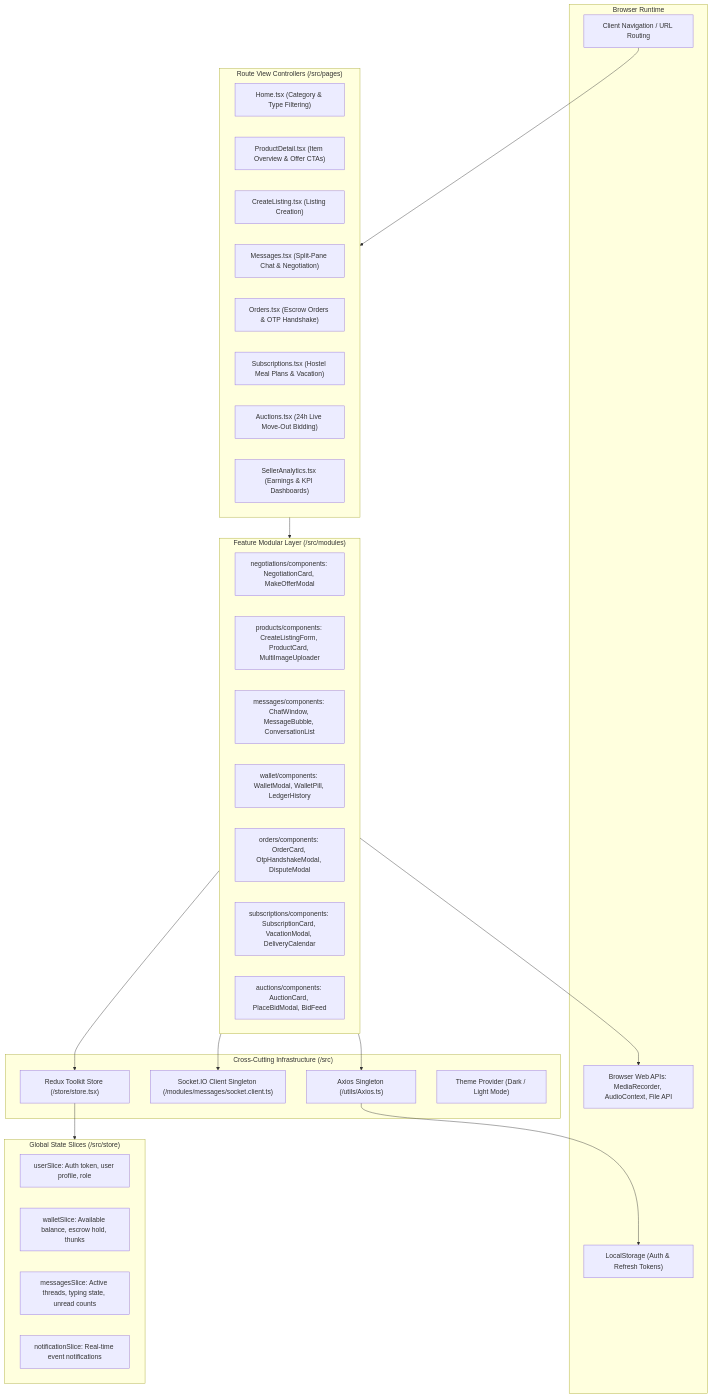
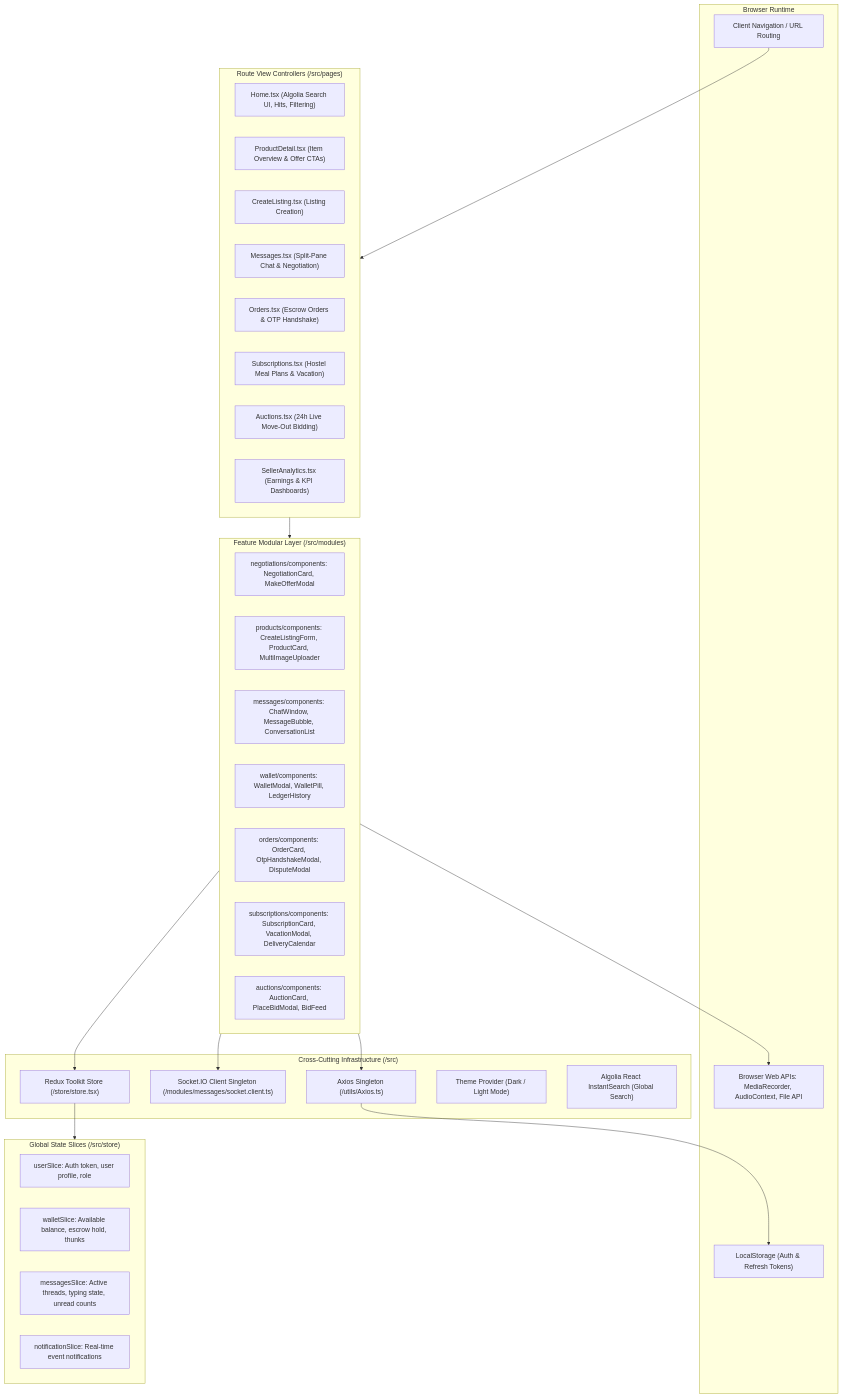
One commit to AnujPratap-96/College-Market-Place-Frontend changed the first of 6 diagrams in ARCHITECTURE.md. Above: the diagram before and after it, drawn with Mermaid. The commit also changed 5 other files, not shown here.

````diff
--- a/ARCHITECTURE.md
+++ b/ARCHITECTURE.md
@@ -15,52 +15,53 @@
 ```mermaid
 graph TD
     subgraph BrowserRuntime["Browser Runtime"]
         URL["Client Navigation / URL Routing"]
         LocalStorage["LocalStorage (Auth & Refresh Tokens)"]
         MediaAPIs["Browser Web APIs: MediaRecorder, AudioContext, File API"]
     end
 
     subgraph CoreServices["Cross-Cutting Infrastructure (/src)"]
         AxiosClient["Axios Singleton (/utils/Axios.ts)"]
         SocketSingleton["Socket.IO Client Singleton (/modules/messages/socket.client.ts)"]
         ReduxStore["Redux Toolkit Store (/store/store.tsx)"]
         ThemeEngine["Theme Provider (Dark / Light Mode)"]
+        AlgoliaEngine["Algolia React InstantSearch (Global Search)"]
     end
 
     subgraph ReduxSlices["Global State Slices (/src/store)"]
         UserSlice["userSlice: Auth token, user profile, role"]
         WalletSlice["walletSlice: Available balance, escrow hold, thunks"]
         MessagesSlice["messagesSlice: Active threads, typing state, unread counts"]
         NotifSlice["notificationSlice: Real-time event notifications"]
     end
 
     subgraph PageRouters["Route View Controllers (/src/pages)"]
-        HomePage["Home.tsx (Category & Type Filtering)"]
+        HomePage["Home.tsx (Algolia Search UI, Hits, Filtering)"]
         ProductDetailPage["ProductDetail.tsx (Item Overview & Offer CTAs)"]
         CreateListingPage["CreateListing.tsx (Listing Creation)"]
         MessagesPage["Messages.tsx (Split-Pane Chat & Negotiation)"]
         OrdersPage["Orders.tsx (Escrow Orders & OTP Handshake)"]
         SubsPage["Subscriptions.tsx (Hostel Meal Plans & Vacation)"]
         AuctionsPage["Auctions.tsx (24h Live Move-Out Bidding)"]
         AnalyticsPage["SellerAnalytics.tsx (Earnings & KPI Dashboards)"]
     end
 
     subgraph FeatureComponents["Feature Modular Layer (/src/modules)"]
         NegModule["negotiations/components: NegotiationCard, MakeOfferModal"]
         ProdModule["products/components: CreateListingForm, ProductCard, MultiImageUploader"]
         MsgModule["messages/components: ChatWindow, MessageBubble, ConversationList"]
         WalletModule["wallet/components: WalletModal, WalletPill, LedgerHistory"]
         OrderModule["orders/components: OrderCard, OtpHandshakeModal, DisputeModal"]
         SubModule["subscriptions/components: SubscriptionCard, VacationModal, DeliveryCalendar"]
         AuctionModule["auctions/components: AuctionCard, PlaceBidModal, BidFeed"]
     end
 
     URL --> PageRouters
     PageRouters --> FeatureComponents
     FeatureComponents --> ReduxStore
     FeatureComponents --> AxiosClient
     FeatureComponents --> SocketSingleton
     FeatureComponents --> MediaAPIs
     ReduxStore --> ReduxSlices
     AxiosClient --> LocalStorage
 ```
````
